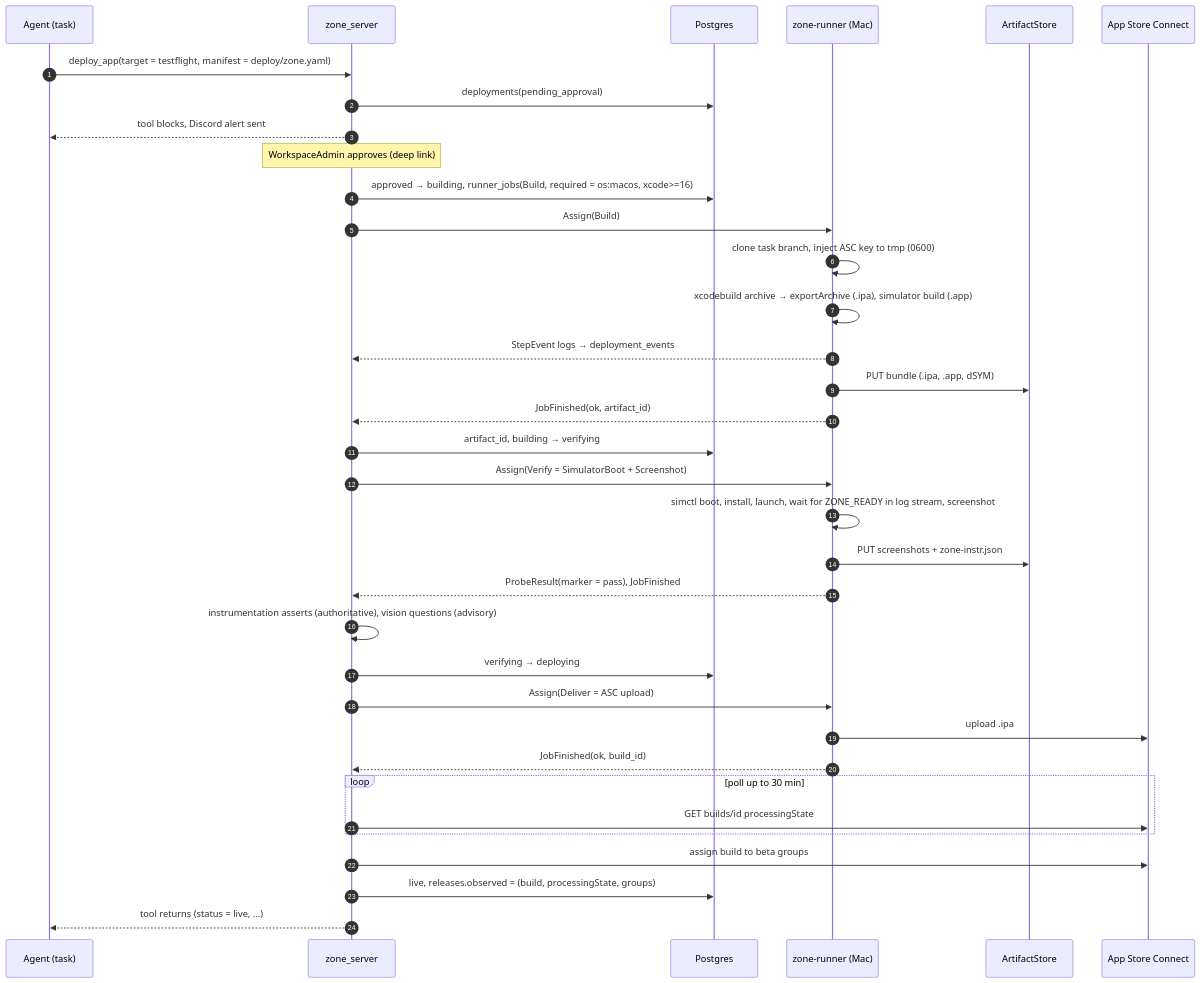
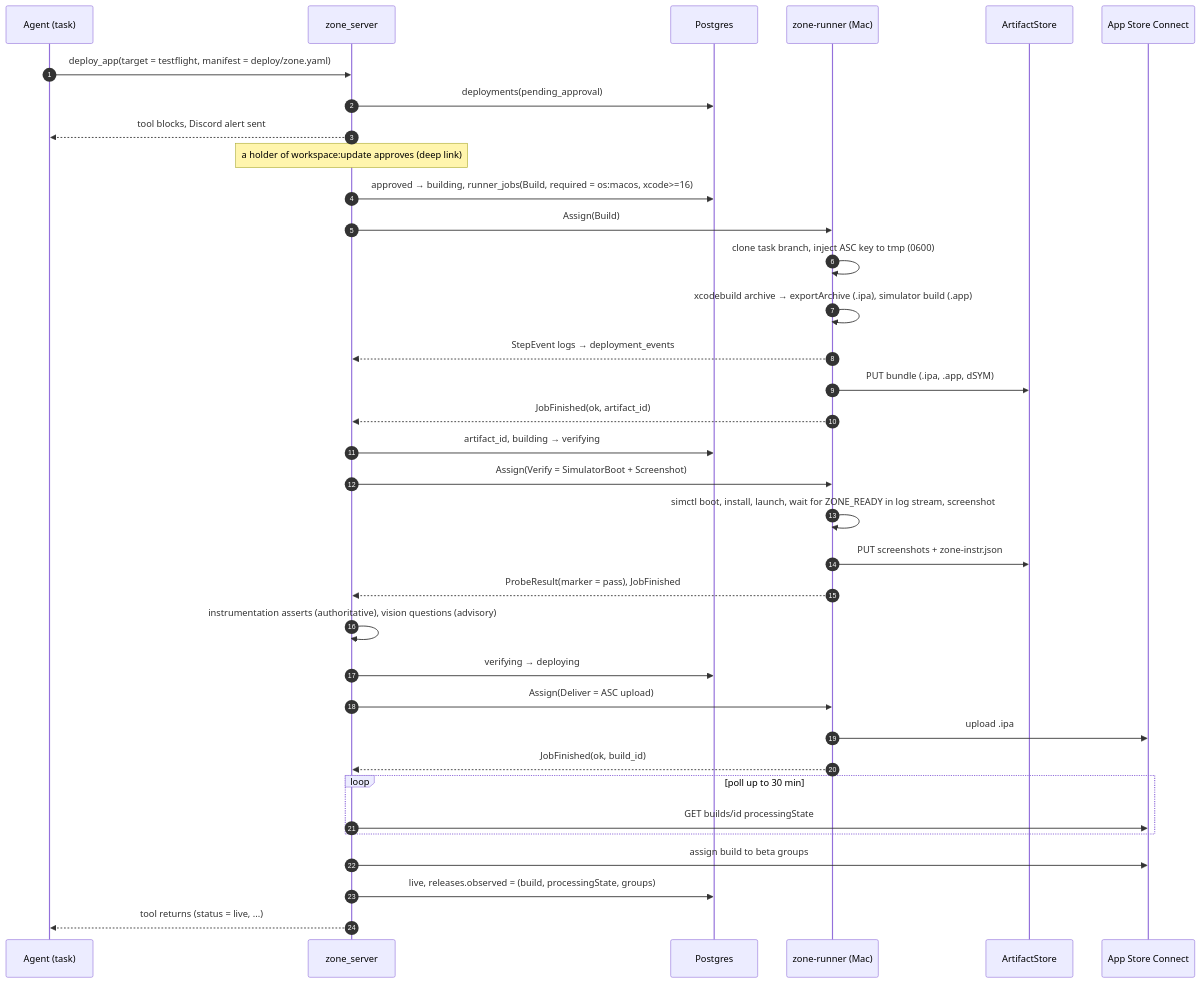
The second of 3 diagrams in docs/DEPLOY.md (abnegate/zone), drawn with Mermaid before and after one commit. The commit also changed other lines of this file and 242 other files, not shown here.

````diff
--- a/docs/DEPLOY.md
+++ b/docs/DEPLOY.md
@@ -348,38 +348,38 @@
 ```mermaid
 sequenceDiagram
     autonumber
     participant A as Agent (task)
     participant S as zone_server
     participant DB as Postgres
     participant R as zone-runner (Mac)
     participant AS as ArtifactStore
     participant ASC as App Store Connect
 
     A->>S: deploy_app(target = testflight, manifest = deploy/zone.yaml)
     S->>DB: deployments(pending_approval)
     S-->>A: tool blocks, Discord alert sent
-    Note over S: WorkspaceAdmin approves (deep link)
+    Note over S: a holder of workspace:update approves (deep link)
     S->>DB: approved → building, runner_jobs(Build, required = os:macos, xcode>=16)
     S->>R: Assign(Build)
     R->>R: clone task branch, inject ASC key to tmp (0600)
     R->>R: xcodebuild archive → exportArchive (.ipa), simulator build (.app)
     R-->>S: StepEvent logs → deployment_events
     R->>AS: PUT bundle (.ipa, .app, dSYM)
     R-->>S: JobFinished(ok, artifact_id)
     S->>DB: artifact_id, building → verifying
     S->>R: Assign(Verify = SimulatorBoot + Screenshot)
     R->>R: simctl boot, install, launch, wait for ZONE_READY in log stream, screenshot
     R->>AS: PUT screenshots + zone-instr.json
     R-->>S: ProbeResult(marker = pass), JobFinished
     S->>S: instrumentation asserts (authoritative), vision questions (advisory)
     S->>DB: verifying → deploying
     S->>R: Assign(Deliver = ASC upload)
     R->>ASC: upload .ipa
     R-->>S: JobFinished(ok, build_id)
     loop poll up to 30 min
         S->>ASC: GET builds/id processingState
     end
     S->>ASC: assign build to beta groups
     S->>DB: live, releases.observed = (build, processingState, groups)
     S-->>A: tool returns (status = live, ...)
 ```
````
